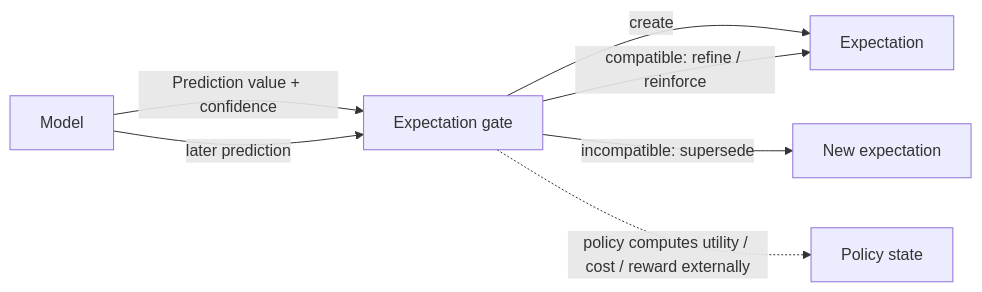
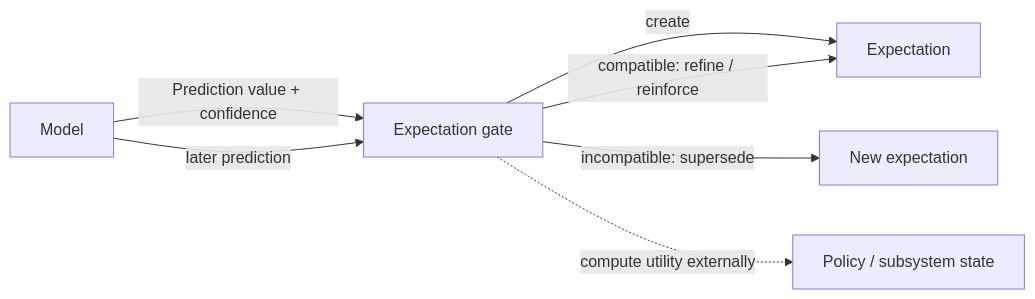
The first of 2 diagrams in docs/expectations.md (skasti/skyn-vaettr), drawn with Mermaid before and after one commit. The commit also changed other lines of this file, not shown here.

Commit message:
Clarify utility belongs to expectation policy

````diff
--- a/docs/expectations.md
+++ b/docs/expectations.md
@@ -48,9 +48,9 @@
 ```mermaid
 flowchart LR
     M[Model] -->|Prediction value + confidence| G[Expectation gate]
     G -->|create| E[Expectation]
     M -->|later prediction| G
     G -->|compatible: refine / reinforce| E
     G -->|incompatible: supersede| N[New expectation]
-    G -.->|policy computes utility / cost / reward externally| U[Policy state]
+    G -.->|compute utility externally| U[Policy / subsystem state]
 ```
````
